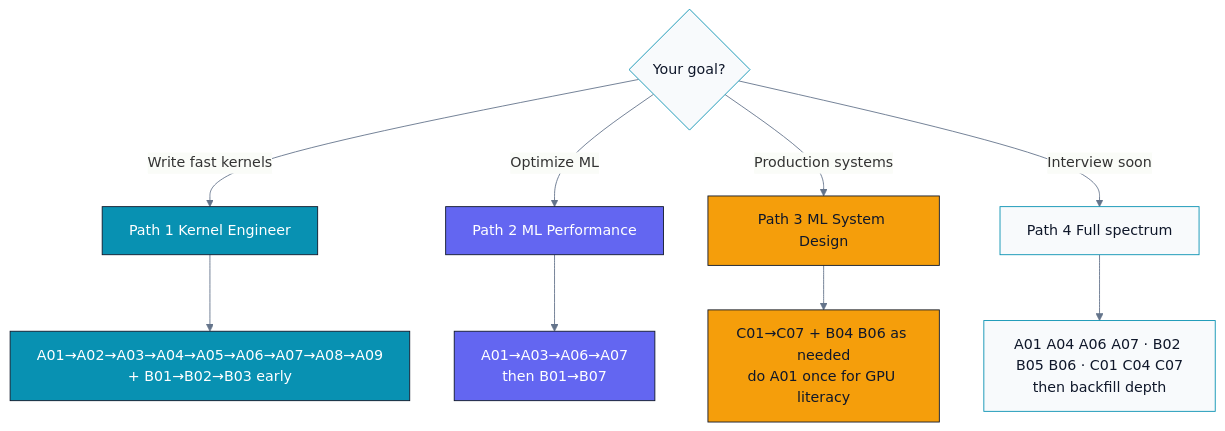
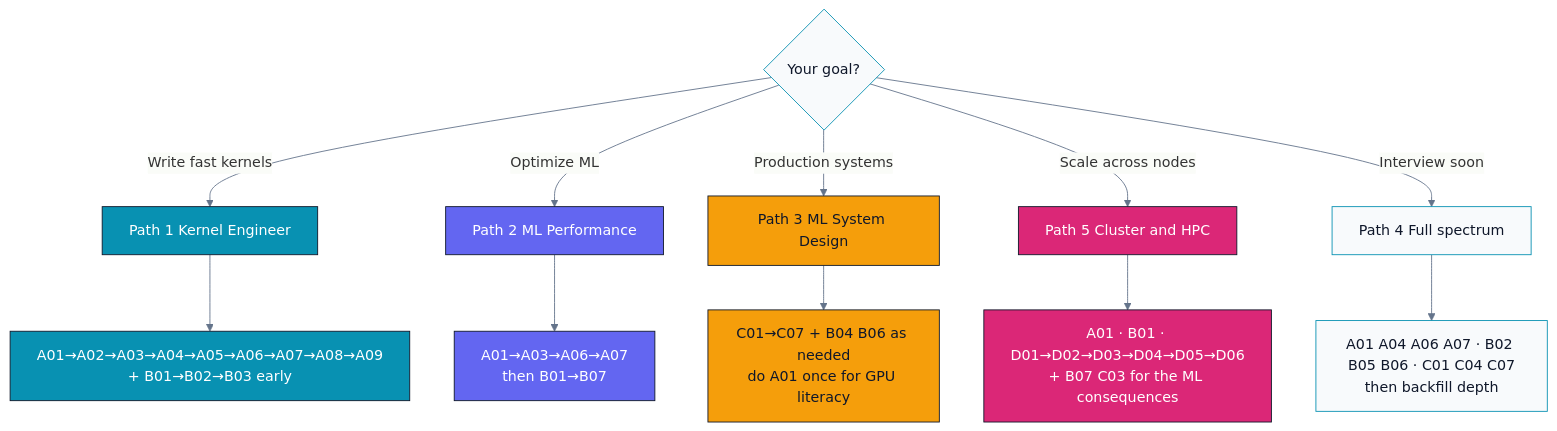
Before and after one commit to gahan9/ParallelProgramming: the second of 3 diagrams in CURRICULUM.md, drawn with Mermaid. The commit also changed other lines of this file and 123 other files, not shown here.

First line of the commit message:
feat(track-d): add Track D -- Distributed & Cluster Computing (D01-D06)

````diff
--- a/CURRICULUM.md
+++ b/CURRICULUM.md
@@ -116,25 +140,29 @@
 ```mermaid
 %%{init: {'theme': 'base', 'themeVariables': {'primaryColor': '#F8FAFC', 'primaryBorderColor': '#0891B2', 'lineColor': '#64748B'}}}%%
 flowchart TD
   GOAL{"Your goal?"}
 
   GOAL -->|Write fast kernels| P1["Path 1 Kernel Engineer"]
   GOAL -->|Optimize ML| P2["Path 2 ML Performance"]
   GOAL -->|Production systems| P3["Path 3 ML System Design"]
+  GOAL -->|Scale across nodes| P5["Path 5 Cluster and HPC"]
   GOAL -->|Interview soon| P4["Path 4 Full spectrum"]
 
   P1 --> P1M["A01→A02→A03→A04→A05→A06→A07→A08→A09<br/>+ B01→B02→B03 early"]
   P2 --> P2M["A01→A03→A06→A07<br/>then B01→B07"]
   P3 --> P3M["C01→C07 + B04 B06 as needed<br/>do A01 once for GPU literacy"]
+  P5 --> P5M["A01 · B01 · D01→D02→D03→D04→D05→D06<br/>+ B07 C03 for the ML consequences"]
   P4 --> P4M["A01 A04 A06 A07 · B02 B05 B06 · C01 C04 C07<br/>then backfill depth"]
 
   classDef trackA fill:#0891B2,stroke:#0F172A,color:#fff
   classDef trackB fill:#6366F1,stroke:#0F172A,color:#fff
   classDef trackC fill:#F59E0B,stroke:#0F172A,color:#0F172A
+  classDef trackD fill:#DB2777,stroke:#0F172A,color:#fff
   classDef neutral fill:#F8FAFC,stroke:#0891B2,color:#0F172A
   class GOAL neutral
   class P1,P1M trackA
   class P2,P2M trackB
   class P3,P3M trackC
+  class P5,P5M trackD
   class P4,P4M neutral
 ```
````
